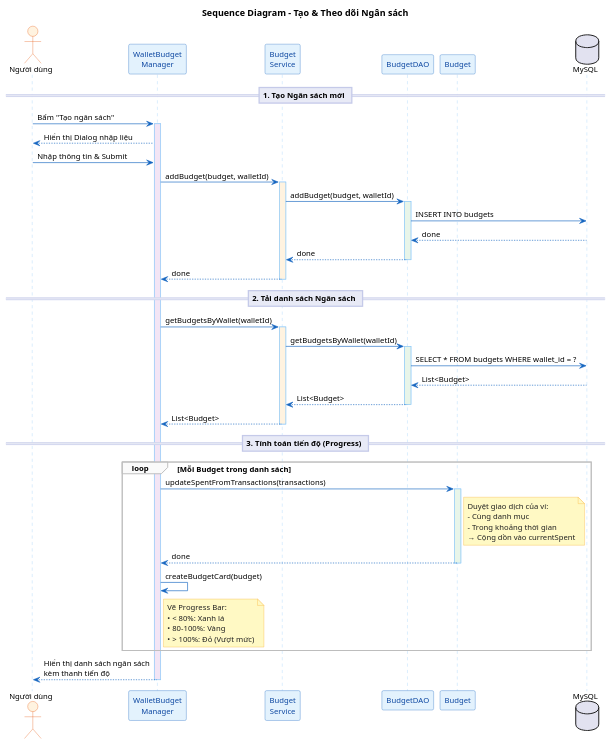
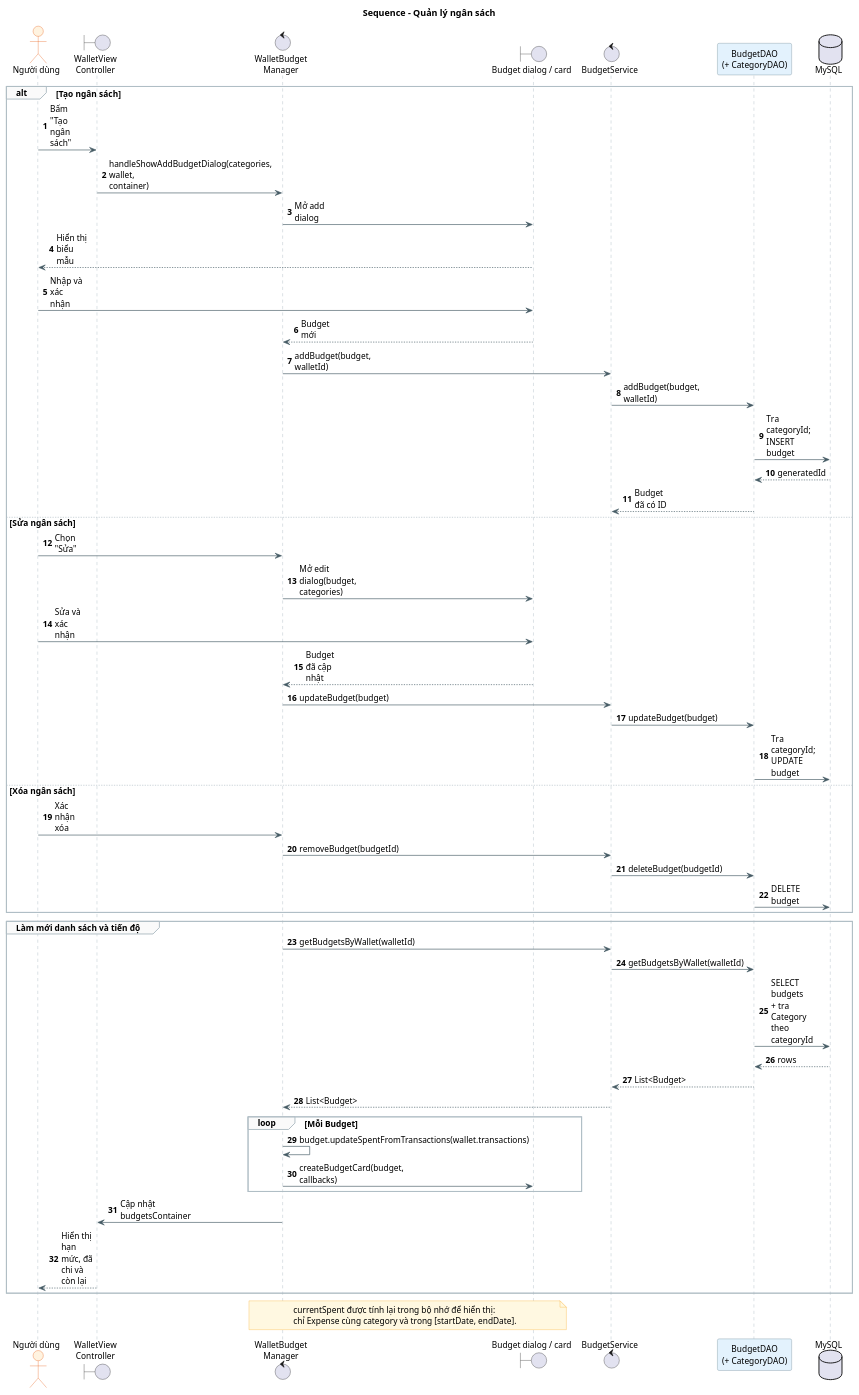
Before and after one commit to INT2204-80/OOP_Expenses_Manager: the diagram in docs/uml/Sequence_BudgetManagement.puml, drawn with PlantUML. The commit also changed 33 other files, not shown here.

```diff
--- a/docs/uml/Sequence_BudgetManagement.puml
+++ b/docs/uml/Sequence_BudgetManagement.puml
@@ -1,98 +1,86 @@
 @startuml Sequence_BudgetManagement
-' ====== CLEAN LIGHT THEME ======
+
 skinparam backgroundColor white
 skinparam defaultFontName "Segoe UI"
-skinparam defaultFontSize 12
+skinparam defaultFontSize 13
 skinparam shadowing false
-
+skinparam maxMessageSize 55
 skinparam sequence {
-    ArrowColor #1565C0
-    LifeLineBorderColor #90CAF9
-    LifeLineBackgroundColor #F5F5F5
-    ParticipantBorderColor #1565C0
+    ArrowColor #455A64
+    LifeLineBorderColor #90A4AE
+    LifeLineBackgroundColor #FAFAFA
+    ParticipantBorderColor #607D8B
     ParticipantBackgroundColor #E3F2FD
-    ParticipantFontColor #0D47A1
     ActorBorderColor #E65100
     ActorBackgroundColor #FFF3E0
-    DividerBackgroundColor #E8EAF6
-    DividerBorderColor #C5CAE9
     GroupBackgroundColor #FAFAFA
-    GroupBorderColor #BDBDBD
+    GroupBorderColor #B0BEC5
+    ParticipantPadding 22
 }
 skinparam note {
-    BackgroundColor #FFF9C4
+    BackgroundColor #FFF8E1
     BorderColor #F9A825
-    FontColor #212121
 }
 
-title Sequence Diagram – Tạo & Theo dõi Ngân sách
+title Sequence - Quản lý ngân sách
+autonumber
 
 actor "Người dùng" as User
-participant "WalletBudget\nManager" as UI
-participant "Budget\nService" as BS
-participant "BudgetDAO" as BDAO
-participant "Budget" as B
+boundary "WalletView\nController" as Controller
+control "WalletBudget\nManager" as Manager
+boundary "Budget dialog / card" as UI
+control "BudgetService" as Service
+participant "BudgetDAO\n(+ CategoryDAO)" as DAO
 database "MySQL" as DB
 
-== 1. Tạo Ngân sách mới ==
+alt Tạo ngân sách
+    User -> Controller : Bấm "Tạo ngân sách"
+    Controller -> Manager : handleShowAddBudgetDialog(categories, wallet, container)
+    Manager -> UI : Mở add dialog
+    UI --> User : Hiển thị biểu mẫu
+    User -> UI : Nhập và xác nhận
+    UI --> Manager : Budget mới
+    Manager -> Service : addBudget(budget, walletId)
+    Service -> DAO : addBudget(budget, walletId)
+    DAO -> DB : Tra categoryId; INSERT budget
+    DB --> DAO : generatedId
+    DAO --> Service : Budget đã có ID
 
-User -> UI : Bấm "Tạo ngân sách"
-activate UI #F3E5F5
+else Sửa ngân sách
+    User -> Manager : Chọn "Sửa"
+    Manager -> UI : Mở edit dialog(budget, categories)
+    User -> UI : Sửa và xác nhận
+    UI --> Manager : Budget đã cập nhật
+    Manager -> Service : updateBudget(budget)
+    Service -> DAO : updateBudget(budget)
+    DAO -> DB : Tra categoryId; UPDATE budget
 
-UI --> User : Hiển thị Dialog nhập liệu
-
-User -> UI : Nhập thông tin & Submit
-
-UI -> BS : addBudget(budget, walletId)
-activate BS #FFF3E0
-
-BS -> BDAO : addBudget(budget, walletId)
-activate BDAO #E8F5E9
-BDAO -> DB : INSERT INTO budgets
-DB --> BDAO : done
-BDAO --> BS : done
-deactivate BDAO
-
-BS --> UI : done
-deactivate BS
-
-== 2. Tải danh sách Ngân sách ==
-
-UI -> BS : getBudgetsByWallet(walletId)
-activate BS #FFF3E0
-BS -> BDAO : getBudgetsByWallet(walletId)
-activate BDAO #E8F5E9
-BDAO -> DB : SELECT * FROM budgets WHERE wallet_id = ?
-DB --> BDAO : List<Budget>
-BDAO --> BS : List<Budget>
-deactivate BDAO
-BS --> UI : List<Budget>
-deactivate BS
-
-== 3. Tính toán tiến độ (Progress) ==
-
-loop Mỗi Budget trong danh sách
-    UI -> B : updateSpentFromTransactions(transactions)
-    activate B #E8F5E9
-    note right of B
-        Duyệt giao dịch của ví:
-        - Cùng danh mục
-        - Trong khoảng thời gian
-        → Cộng dồn vào currentSpent
-    end note
-    B --> UI : done
-    deactivate B
-
-    UI -> UI : createBudgetCard(budget)
-    note right of UI
-        Vẽ Progress Bar:
-        • < 80%: Xanh lá
-        • 80-100%: Vàng
-        • > 100%: Đỏ (Vượt mức)
-    end note
+else Xóa ngân sách
+    User -> Manager : Xác nhận xóa
+    Manager -> Service : removeBudget(budgetId)
+    Service -> DAO : deleteBudget(budgetId)
+    DAO -> DB : DELETE budget
 end
 
-UI --> User : Hiển thị danh sách ngân sách\nkèm thanh tiến độ
-deactivate UI
+group Làm mới danh sách và tiến độ
+    Manager -> Service : getBudgetsByWallet(walletId)
+    Service -> DAO : getBudgetsByWallet(walletId)
+    DAO -> DB : SELECT budgets + tra Category theo categoryId
+    DB --> DAO : rows
+    DAO --> Service : List<Budget>
+    Service --> Manager : List<Budget>
+
+    loop Mỗi Budget
+        Manager -> Manager : budget.updateSpentFromTransactions(wallet.transactions)
+        Manager -> UI : createBudgetCard(budget, callbacks)
+    end
+    Manager -> Controller : Cập nhật budgetsContainer
+    Controller --> User : Hiển thị hạn mức, đã chi và còn lại
+end
+
+note over Manager, UI
+  currentSpent được tính lại trong bộ nhớ để hiển thị:
+  chỉ Expense cùng category và trong [startDate, endDate].
+end note
 
 @enduml
```
